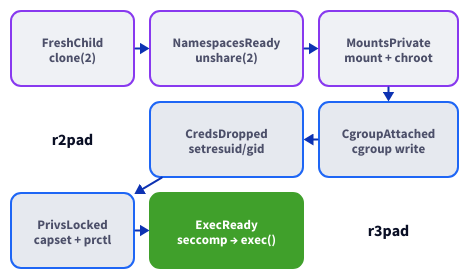
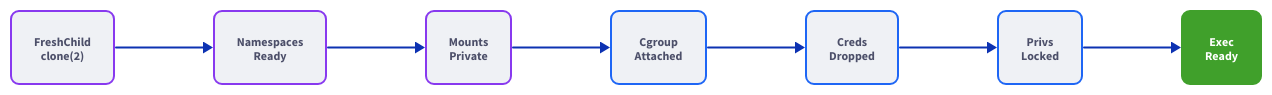
The diagram in docs-site/src/assets/diagrams/typestate.d2 (orkait/rustbox), drawn with D2 before and after one commit. The commit also changed 7 other files, not shown here.

First line of the commit message:
docs: fix diagram layout, contrast, and sizing

```diff
--- a/docs-site/src/assets/diagrams/typestate.d2
+++ b/docs-site/src/assets/diagrams/typestate.d2
@@ -1,86 +1,67 @@
-grid-rows: 3
-grid-columns: 3
-grid-gap: 16
+direction: right
 
 fresh: {
   label: "FreshChild\nclone(2)"
   style.fill: "#eff1f5"
   style.stroke: "#8839ef"
   style.font-color: "#4c4f69"
-  style.border-radius: 10
-  style.font-size: 13
+  style.border-radius: 8
+  style.font-size: 12
 }
 
 ns: {
-  label: "NamespacesReady\nunshare(2)"
+  label: "Namespaces\nReady"
   style.fill: "#eff1f5"
   style.stroke: "#8839ef"
   style.font-color: "#4c4f69"
-  style.border-radius: 10
-  style.font-size: 13
+  style.border-radius: 8
+  style.font-size: 12
 }
 
 mnt: {
-  label: "MountsPrivate\nmount + chroot"
+  label: "Mounts\nPrivate"
   style.fill: "#eff1f5"
   style.stroke: "#8839ef"
   style.font-color: "#4c4f69"
-  style.border-radius: 10
-  style.font-size: 13
+  style.border-radius: 8
+  style.font-size: 12
 }
 
-# Row 2 - reverse direction (snake)
-r2pad: {
-  style.fill: transparent
-  style.stroke: transparent
+cg: {
+  label: "Cgroup\nAttached"
+  style.fill: "#eff1f5"
+  style.stroke: "#1e66f5"
+  style.font-color: "#4c4f69"
+  style.border-radius: 8
+  style.font-size: 12
 }
 
 cred: {
-  label: "CredsDropped\nsetresuid/gid"
-  style.fill: "#e6e9ef"
+  label: "Creds\nDropped"
+  style.fill: "#eff1f5"
   style.stroke: "#1e66f5"
   style.font-color: "#4c4f69"
-  style.border-radius: 10
-  style.font-size: 13
+  style.border-radius: 8
+  style.font-size: 12
 }
 
-cg: {
-  label: "CgroupAttached\ncgroup write"
-  style.fill: "#e6e9ef"
+priv: {
+  label: "Privs\nLocked"
+  style.fill: "#eff1f5"
   style.stroke: "#1e66f5"
   style.font-color: "#4c4f69"
-  style.border-radius: 10
-  style.font-size: 13
-}
-
-# Row 3
-priv: {
-  label: "PrivsLocked\ncapset + prctl"
-  style.fill: "#e6e9ef"
-  style.stroke: "#1e66f5"
-  style.font-color: "#4c4f69"
-  style.border-radius: 10
-  style.font-size: 13
+  style.border-radius: 8
+  style.font-size: 12
 }
 
 exec: {
-  label: "ExecReady\nseccomp → exec()"
+  label: "Exec\nReady"
   style.fill: "#40a02b"
   style.stroke: "#40a02b"
   style.font-color: "#ffffff"
-  style.border-radius: 10
-  style.font-size: 13
+  style.border-radius: 8
+  style.font-size: 12
   style.bold: true
 }
 
-r3pad: {
-  style.fill: transparent
-  style.stroke: transparent
-}
-
-# Connections - snake pattern
-fresh -> ns -> mnt
-mnt -> cg
-cg -> cred
-cred -> priv
-priv -> exec
+fresh -> ns -> mnt -> cg -> cred -> priv -> exec
```
